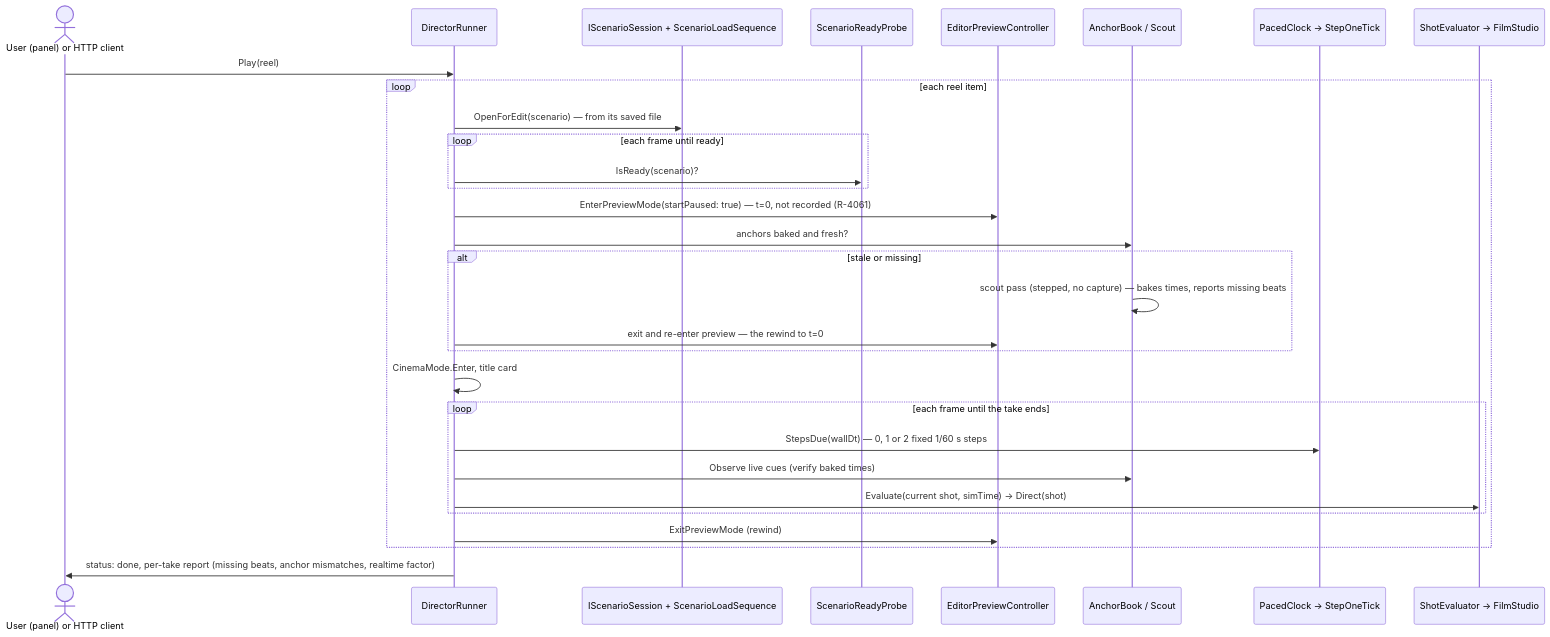
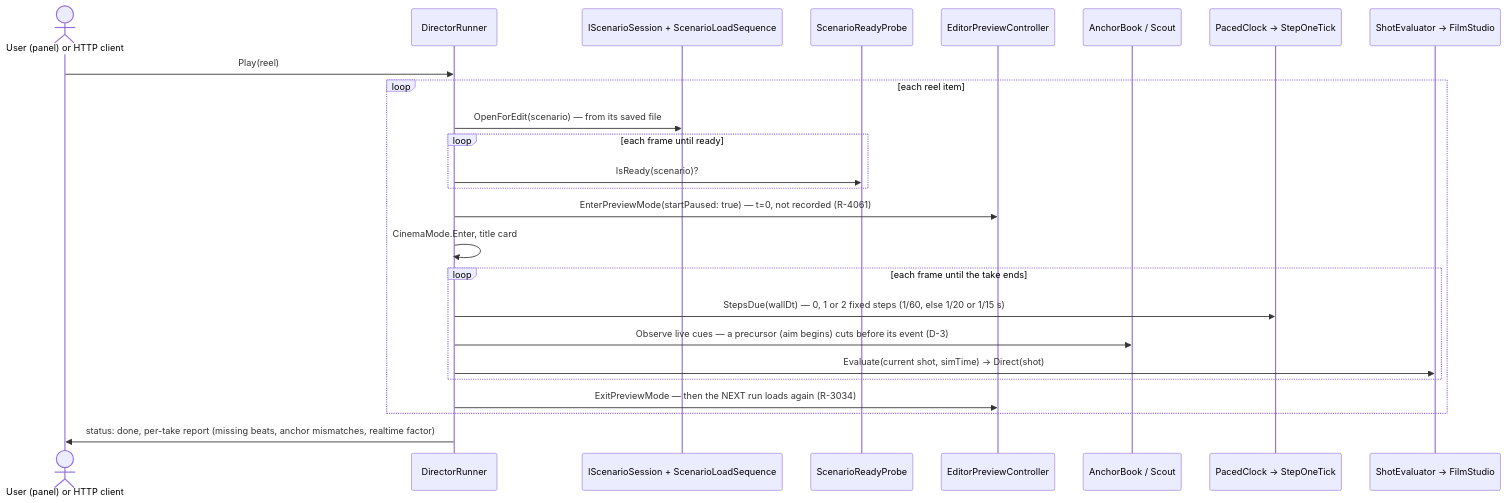
Before and after one commit to pjanec/HROT: the fourth of 5 diagrams in docs/DESIGN_Film_Director.md, drawn with Mermaid. The commit also changed other lines of this file and 5 other files, not shown here.

First line of the commit message:
R-3034: scenarios are not deterministic — the film director loads every run again, never rewinds

````diff
--- a/docs/DESIGN_Film_Director.md
+++ b/docs/DESIGN_Film_Director.md
@@ -282,32 +282,27 @@
 ```mermaid
 sequenceDiagram
   actor U as User (panel) or HTTP client
   participant R as DirectorRunner
   participant S as IScenarioSession + ScenarioLoadSequence
   participant P as ScenarioReadyProbe
   participant V as EditorPreviewController
   participant A as AnchorBook / Scout
   participant C as PacedClock → StepOneTick
   participant E as ShotEvaluator → FilmStudio
   U->>R: Play(reel)
   loop each reel item
     R->>S: OpenForEdit(scenario) — from its saved file
     loop each frame until ready
       R->>P: IsReady(scenario)?
     end
     R->>V: EnterPreviewMode(startPaused: true) — t=0, not recorded (R-4061)
-    R->>A: anchors baked and fresh?
-    alt stale or missing
-      A->>A: scout pass (stepped, no capture) — bakes times, reports missing beats
-      R->>V: exit and re-enter preview — the rewind to t=0
-    end
     R->>R: CinemaMode.Enter, title card
     loop each frame until the take ends
-      R->>C: StepsDue(wallDt) — 0, 1 or 2 fixed 1/60 s steps
-      R->>A: Observe live cues (verify baked times)
+      R->>C: StepsDue(wallDt) — 0, 1 or 2 fixed steps (1/60, else 1/20 or 1/15 s)
+      R->>A: Observe live cues — a precursor (aim begins) cuts before its event (D-3)
       R->>E: Evaluate(current shot, simTime) → Direct(shot)
     end
-    R->>V: ExitPreviewMode (rewind)
+    R->>V: ExitPreviewMode — then the NEXT run loads again (R-3034)
   end
   R->>U: status: done, per-take report (missing beats, anchor mismatches, realtime factor)
 ```
````
